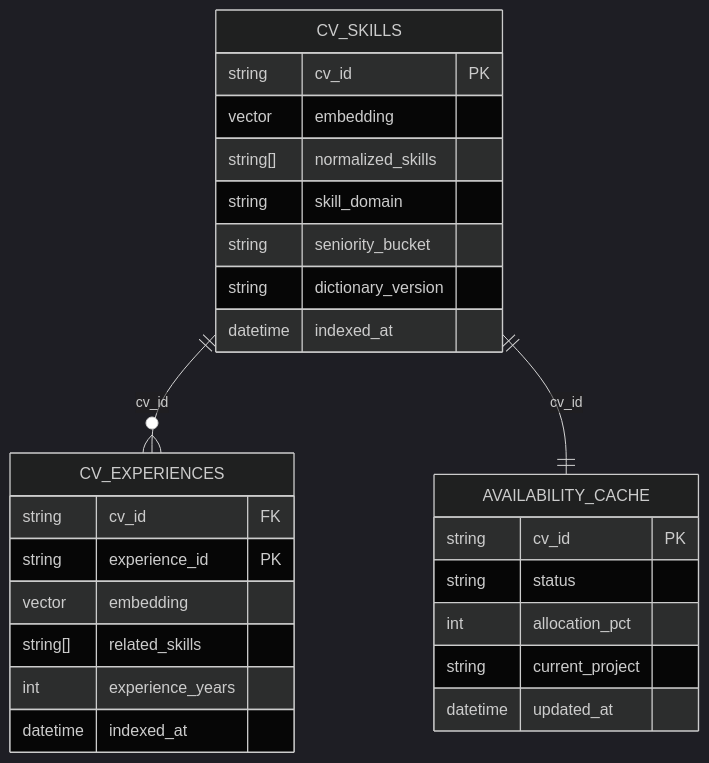
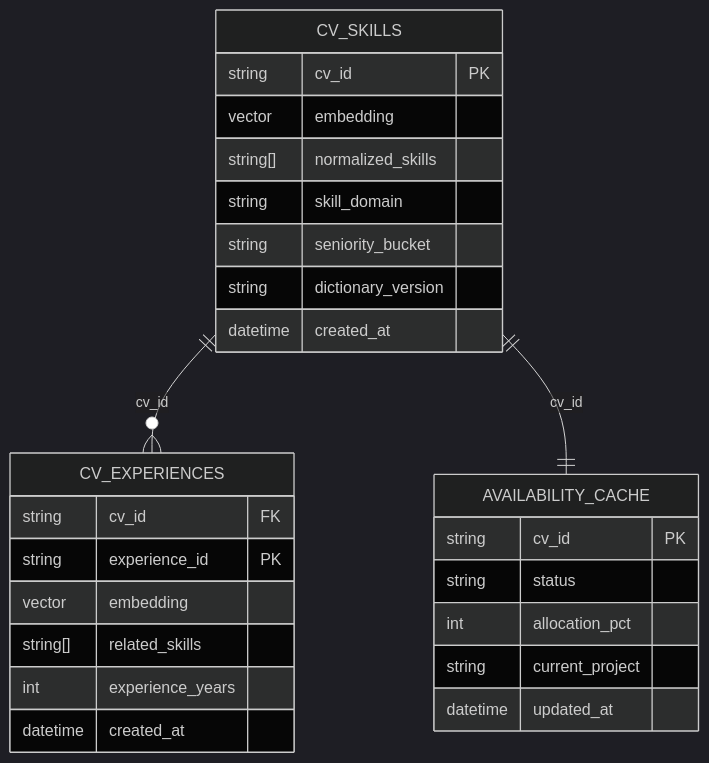
Before and after one commit to giamma80/profilebot: the fourth of 5 diagrams in README.md, drawn with Mermaid (dark theme). The commit also changed other lines of this file and 13 other files, not shown here.

````diff
--- a/README.md
+++ b/README.md
@@ -136,32 +136,32 @@
 ```mermaid
 erDiagram
     CV_SKILLS {
         string cv_id PK
         vector embedding
         string[] normalized_skills
         string skill_domain
         string seniority_bucket
         string dictionary_version
-        datetime indexed_at
+        datetime created_at
     }
 
     CV_EXPERIENCES {
         string cv_id FK
         string experience_id PK
         vector embedding
         string[] related_skills
         int experience_years
-        datetime indexed_at
+        datetime created_at
     }
 
     AVAILABILITY_CACHE {
         string cv_id PK
         string status
         int allocation_pct
         string current_project
         datetime updated_at
     }
 
     CV_SKILLS ||--o{ CV_EXPERIENCES : "cv_id"
     CV_SKILLS ||--|| AVAILABILITY_CACHE : "cv_id"
 ```
````
